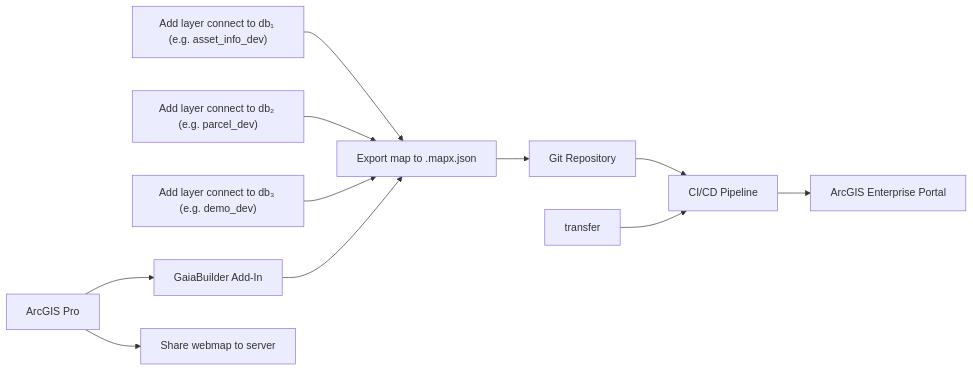
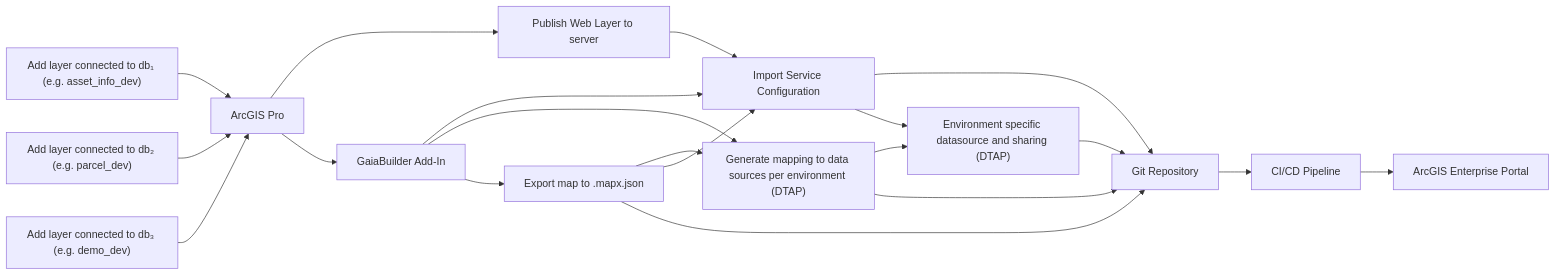
Before and after one commit to merkator-software/GaiaBuilder-manual: the diagram in Configuration_examples/Muti DB map config/README.md, drawn with Mermaid. The commit also changed other lines of this file and 3 other files, not shown here.

````diff
--- a/Configuration_examples/Muti DB map config/README.md
+++ b/Configuration_examples/Muti DB map config/README.md
@@ -18,23 +18,35 @@
 ```mermaid
 graph LR
-  layer1["Add layer connect to db₁ (e.g. asset_info_dev)"]
-  layer2["Add layer connect to db₂ (e.g. parcel_dev)"]
-  layer3["Add layer connect to db₃ (e.g. demo_dev)"]
+  layer1["Add layer connected to db₁ (e.g. asset_info_dev)"]
+  layer2["Add layer connected to db₂ (e.g. parcel_dev)"]
+  layer3["Add layer connected to db₃ (e.g. demo_dev)"]
   pro[ArcGIS Pro]
   addon[GaiaBuilder Add-In]
   git[Git Repository]
   pipeline[CI/CD Pipeline]
   portal[ArcGIS Enterprise Portal]
-  webmap[Share webmap to server]
+  maplayer[Publish Web Layer to server]
   mapx[Export map to .mapx.json]
-  layer1 --> mapx
-  layer2 --> mapx
-  layer3 --> mapx
-  pro --> webmap
+  serviceconfiguration[Import Service Configuration]
+  serverconfiguration["Environment specific datasource and sharing (DTAP)"]
+  databasehint["Generate mapping to data sources per environment (DTAP)"]
+  layer1 --> pro
+  layer2 --> pro
+  layer3 --> pro
+  pro --> maplayer
+  maplayer --> serviceconfiguration
   pro --> addon
+  addon --> serviceconfiguration
+  addon --> databasehint
+  mapx --> databasehint
+  databasehint --> serverconfiguration
+  mapx --> serviceconfiguration
+  serviceconfiguration --> git
+  serviceconfiguration --> serverconfiguration
   addon --> mapx
   mapx --> git
+  serverconfiguration --> git
+  databasehint --> git
   git --> pipeline
-  transfer --> pipeline
   pipeline --> portal
 ```
````
